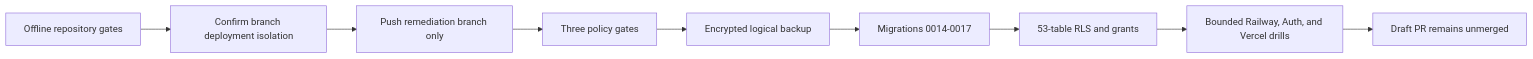
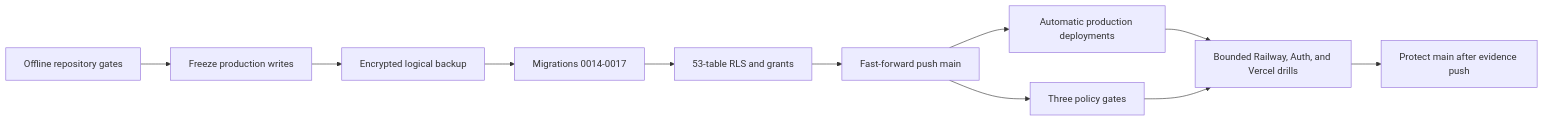
The diagram in docs/PLATFORM_ACTIVATION_RUNBOOK.md (krishna0605/Netra), drawn with Mermaid before and after one commit. The commit also changed other lines of this file and 2 other files, not shown here.

Commit message:
docs(deploy): document controlled main activation

````diff
--- a/docs/PLATFORM_ACTIVATION_RUNBOOK.md
+++ b/docs/PLATFORM_ACTIVATION_RUNBOOK.md
@@ -5,14 +5,18 @@
 ```mermaid
 flowchart LR
     LOCAL["Offline repository gates"]
-    ISOLATE["Confirm branch deployment isolation"]
-    PUSH["Push remediation branch only"]
+    FREEZE["Freeze production writes"]
     CI["Three policy gates"]
     BACKUP["Encrypted logical backup"]
     SCHEMA["Migrations 0014-0017"]
     HARDEN["53-table RLS and grants"]
+    PUSH["Fast-forward push main"]
+    DEPLOY["Automatic production deployments"]
     PLATFORM["Bounded Railway, Auth, and Vercel drills"]
-    DRAFT["Draft PR remains unmerged"]
+    PROTECT["Protect main after evidence push"]
 
-    LOCAL --> ISOLATE --> PUSH --> CI --> BACKUP --> SCHEMA --> HARDEN --> PLATFORM --> DRAFT
+    LOCAL --> FREEZE --> BACKUP --> SCHEMA --> HARDEN --> PUSH
+    PUSH --> CI
+    PUSH --> DEPLOY --> PLATFORM --> PROTECT
+    CI --> PLATFORM
 ```
````
